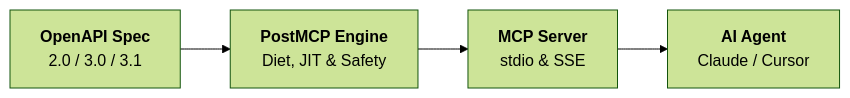
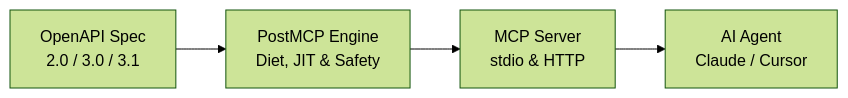
Before and after one commit to BraveRam/postmcp: the diagram in packages/studio/content/docs/index.mdx, drawn with Mermaid (forest theme). The commit also changed other lines of this file and 12 other files, not shown here.

Commit message:
docs(mermaid): fix edge statement grammar and scrub obsolete preset references across documentation

````diff
--- a/packages/studio/content/docs/index.mdx
+++ b/packages/studio/content/docs/index.mdx
@@ -12,7 +12,6 @@
 ```mermaid
 flowchart LR
-  Spec["<b>OpenAPI Spec</b><br/>2.0 / 3.0 / 3.1"]
-  --> Engine["<b>PostMCP Engine</b><br/>Diet, JIT & Safety"]
-  --> Server["<b>MCP Server</b><br/>stdio & SSE"]
-  --> Agent["<b>AI Agent</b><br/>Claude / Cursor"]
+  Spec["OpenAPI Spec<br/>2.0 / 3.0 / 3.1"] --> Engine["PostMCP Engine<br/>Diet, JIT & Safety"]
+  Engine --> Server["MCP Server<br/>stdio & HTTP"]
+  Server --> Agent["AI Agent<br/>Claude / Cursor"]
 ```
````
